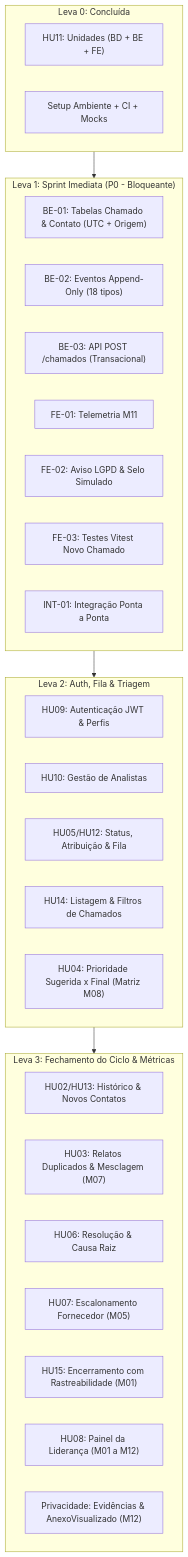
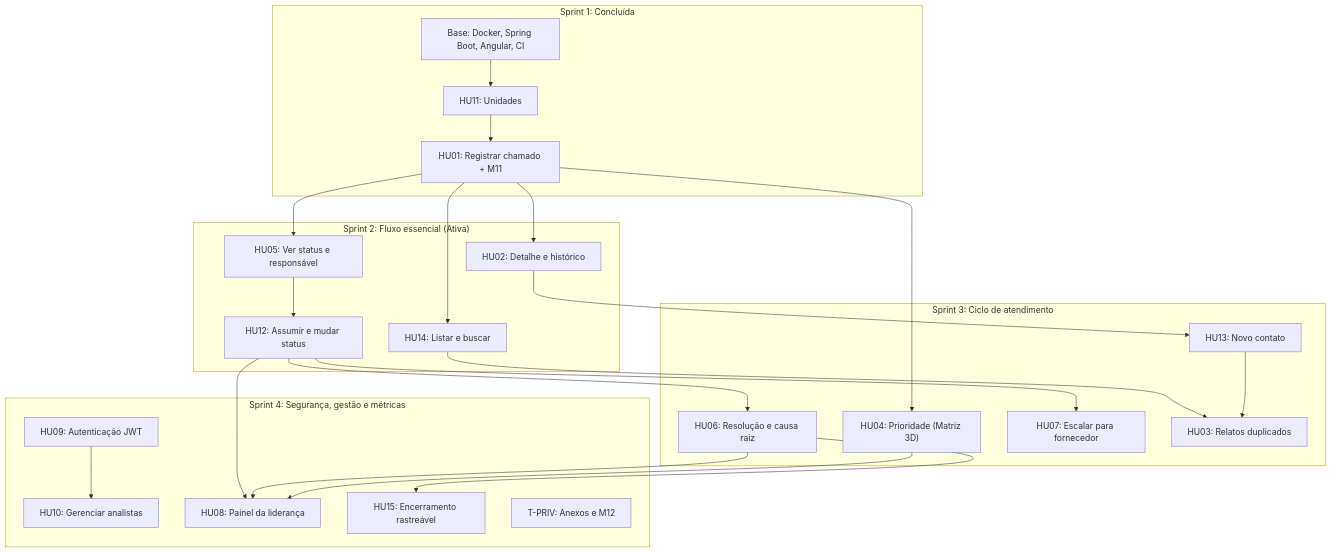
One commit to LouisLuos/AvanDesk-AI changed the diagram in docs/05-backlog-geral-mvp.md. Above: the diagram before and after it, drawn with Mermaid. The commit also changed other lines of this file, not shown here.

Commit message:
docs(backlog): reorganizar backlog em sprints com cartoes completos por HU

````diff
--- a/docs/05-backlog-geral-mvp.md
+++ b/docs/05-backlog-geral-mvp.md
@@ -37,39 +52,42 @@
 ```mermaid
 flowchart TD
-    subgraph L0["Leva 0: Concluída"]
-        HU11["HU11: Unidades (BD + BE + FE)"]
-        BASE["Setup Ambiente + CI + Mocks"]
+    subgraph S1["Sprint 1: Concluída"]
+        BASE["Base: Docker, Spring Boot, Angular, CI"]
+        HU11["HU11: Unidades"]
+        HU01["HU01: Registrar chamado + M11"]
     end
 
-    subgraph L1["Leva 1: Sprint Imediata (P0 - Bloqueante)"]
-        BE01["BE-01: Tabelas Chamado & Contato (UTC + Origem)"]
-        BE02["BE-02: Eventos Append-Only (18 tipos)"]
-        BE03["BE-03: API POST /chamados (Transacional)"]
-        FE01["FE-01: Telemetria M11"]
-        FE02["FE-02: Aviso LGPD & Selo Simulado"]
-        FE03["FE-03: Testes Vitest Novo Chamado"]
-        INT01["INT-01: Integração Ponta a Ponta"]
+    subgraph S2["Sprint 2: Fluxo essencial (Ativa)"]
+        HU14["HU14: Listar e buscar"]
+        HU02["HU02: Detalhe e histórico"]
+        HU05["HU05: Ver status e responsável"]
+        HU12["HU12: Assumir e mudar status"]
     end
 
-    subgraph L2["Leva 2: Auth, Fila & Triagem"]
-        HU09["HU09: Autenticação JWT & Perfis"]
-        HU10["HU10: Gestão de Analistas"]
-        HU05_12["HU05/HU12: Status, Atribuição & Fila"]
-        HU14["HU14: Listagem & Filtros de Chamados"]
-        HU04["HU04: Prioridade Sugerida x Final (Matriz M08)"]
+    subgraph S3["Sprint 3: Ciclo de atendimento"]
+        HU04["HU04: Prioridade (Matriz 3D)"]
+        HU06["HU06: Resolução e causa raiz"]
+        HU07["HU07: Escalar para fornecedor"]
+        HU13["HU13: Novo contato"]
+        HU03["HU03: Relatos duplicados"]
     end
 
-    subgraph L3["Leva 3: Fechamento do Ciclo & Métricas"]
-        HU02_13["HU02/HU13: Histórico & Novos Contatos"]
-        HU03["HU03: Relatos Duplicados & Mesclagem (M07)"]
-        HU06["HU06: Resolução & Causa Raiz"]
-        HU07["HU07: Escalonamento Fornecedor (M05)"]
-        HU15["HU15: Encerramento com Rastreabilidade (M01)"]
-        HU08["HU08: Painel da Liderança (M01 a M12)"]
-        ANEXOS["Privacidade: Evidências & AnexoVisualizado (M12)"]
+    subgraph S4["Sprint 4: Segurança, gestão e métricas"]
+        HU09["HU09: Autenticação JWT"]
+        HU10["HU10: Gerenciar analistas"]
+        HU08["HU08: Painel da liderança"]
+        HU15["HU15: Encerramento rastreável"]
+        PRIV["T-PRIV: Anexos e M12"]
     end
 
-    L0 --> L1
-    L1 --> L2
-    L2 --> L3
+    BASE --> HU11 --> HU01
+    HU01 --> HU14 & HU02 & HU05
+    HU05 --> HU12
+    HU02 --> HU13
+    HU13 & HU14 --> HU03
+    HU01 --> HU04
+    HU12 --> HU06 & HU07
+    HU06 --> HU15
+    HU04 & HU06 & HU12 --> HU08
+    HU09 --> HU10
 ```
````
